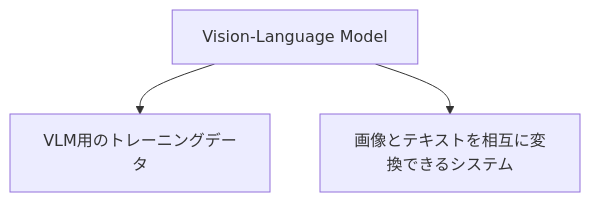
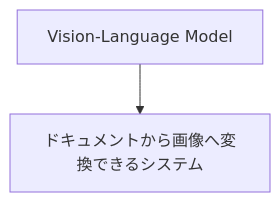
Before and after one commit to SparklingDetergent/doc_genai_Proposal_for_introducing_generative_AI_with_emphasis_on_safety: the ninth of 11 diagrams in README.md, drawn with Mermaid. The commit also changed other lines of this file, not shown here.

````diff
--- a/README.md
+++ b/README.md
@@ -333,5 +311,4 @@
 ```mermaid
 graph TD;
-    A[Vision-Language Model] --> B[VLM用のトレーニングデータ];
-    A --> C[画像とテキストを相互に変換できるシステム];
+    A[Vision-Language Model] --> C[ドキュメントから画像へ変換できるシステム];
 ```
````
